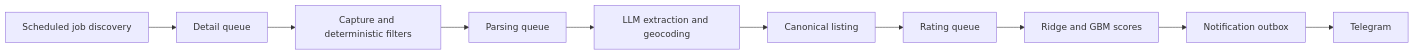
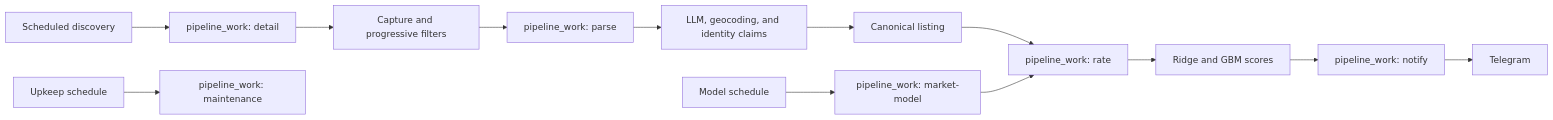
The diagram in README.md (jhytabest/ShoberFredy), drawn with Mermaid before and after one commit. The commit also changed other lines of this file and 45 other files, not shown here.

Commit message:
Collapse pipeline state into durable work

````diff
--- a/README.md
+++ b/README.md
@@ -14,12 +14,15 @@
 ```mermaid
 flowchart LR
-  A["Scheduled job discovery"] --> B["Detail queue"]
-  B --> C["Capture and deterministic filters"]
-  C --> D["Parsing queue"]
-  D --> E["LLM extraction and geocoding"]
+  A["Scheduled discovery"] --> B["pipeline_work: detail"]
+  B --> C["Capture and progressive filters"]
+  C --> D["pipeline_work: parse"]
+  D --> E["LLM, geocoding, and identity claims"]
   E --> F["Canonical listing"]
-  F --> G["Rating queue"]
+  F --> G["pipeline_work: rate"]
   G --> H["Ridge and GBM scores"]
-  H --> I["Notification outbox"]
+  H --> I["pipeline_work: notify"]
   I --> J["Telegram"]
+  K["Model schedule"] --> L["pipeline_work: market-model"]
+  L --> G
+  M["Upkeep schedule"] --> N["pipeline_work: maintenance"]
 ```
````
